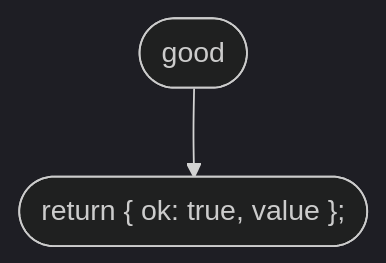
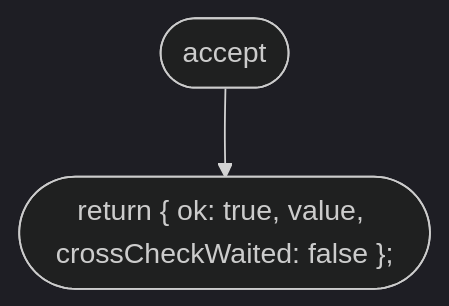
Before and after one commit to NewDara-Star/world-engine: the second of 38 diagrams in docs/flows/src/place/parse.md, drawn with Mermaid (dark theme). The commit also changed other lines of this file and 18 other files, not shown here.

````diff
--- a/docs/flows/src/place/parse.md
+++ b/docs/flows/src/place/parse.md
@@ -30,6 +37,6 @@
 ```mermaid
 flowchart TD
-  n1(["good"])
-  n2(["return { ok: true, value };"])
+  n1(["accept"])
+  n2(["return { ok: true, value, crossCheckWaited: false };"])
   n1 --> n2
 ```
````
